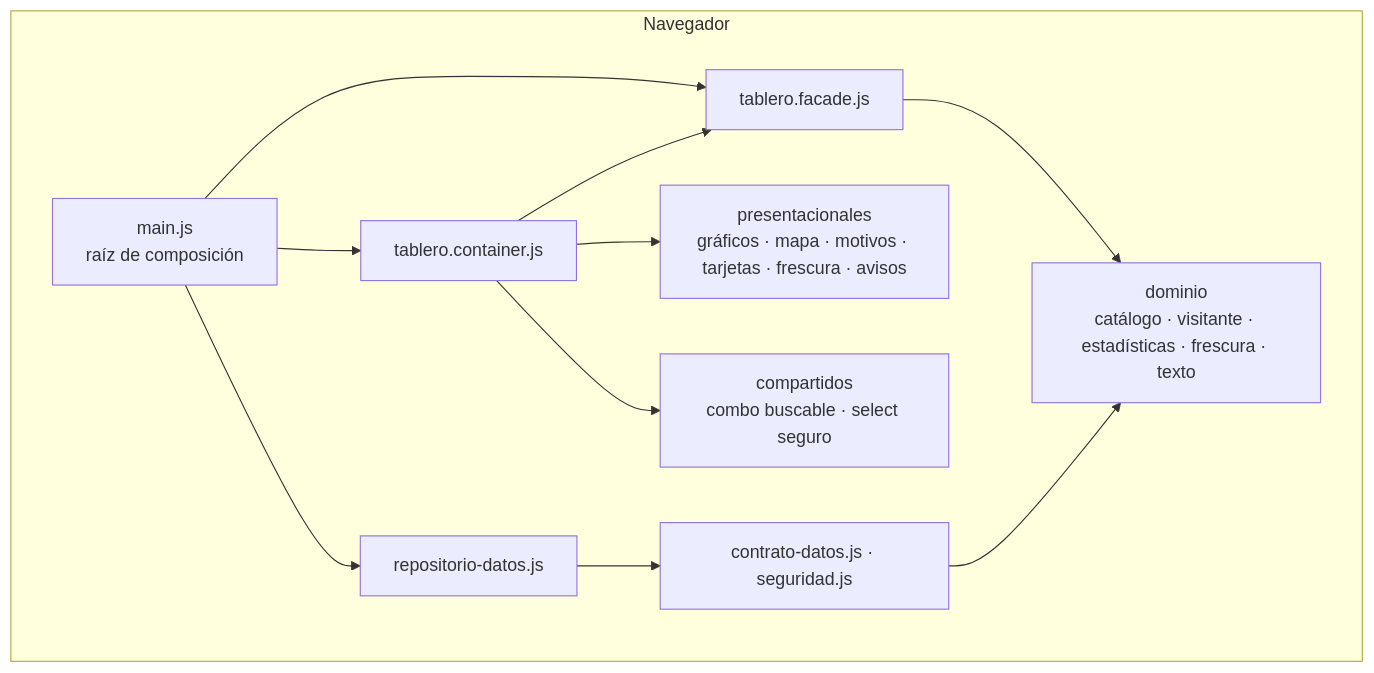
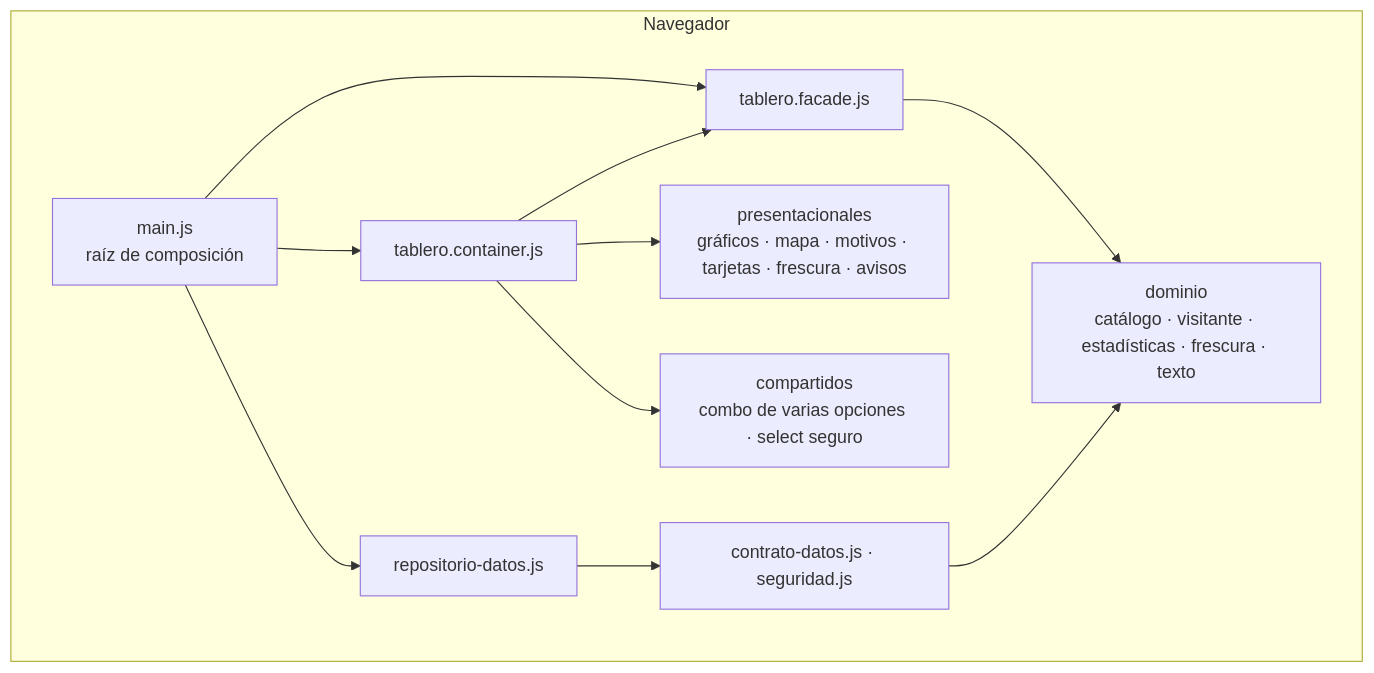
One commit to Alexis-VsCode/turismo-patate changed the first of 2 diagrams in docs/arquitectura.md. Above: the diagram before and after it, drawn with Mermaid. The commit also changed other lines of this file and 20 other files, not shown here.

Commit message:
docs(repositorio): formato mensual, filtros de varias opciones, discapacidad, catálogos completos y versión 2.3.0

````diff
--- a/docs/arquitectura.md
+++ b/docs/arquitectura.md
@@ -9,14 +9,14 @@
 ```mermaid
 flowchart TB
     subgraph Navegador
         M[main.js<br/>raíz de composición] --> C[tablero.container.js]
         M --> F[tablero.facade.js]
         M --> R[repositorio-datos.js]
         C --> F
         C --> P[presentacionales<br/>gráficos · mapa · motivos · tarjetas · frescura · avisos]
-        C --> K[compartidos<br/>combo buscable · select seguro]
+        C --> K[compartidos<br/>combo de varias opciones · select seguro]
         F --> D[dominio<br/>catálogo · visitante · estadísticas · frescura · texto]
         R --> I[contrato-datos.js · seguridad.js]
         I --> D
     end
 ```
````
